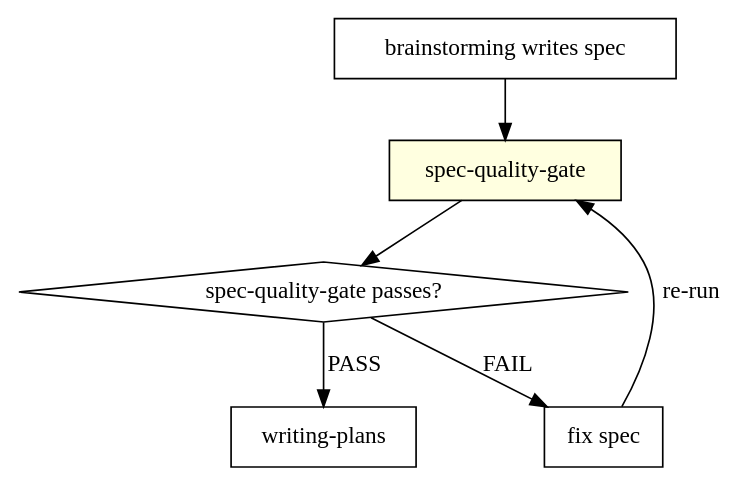
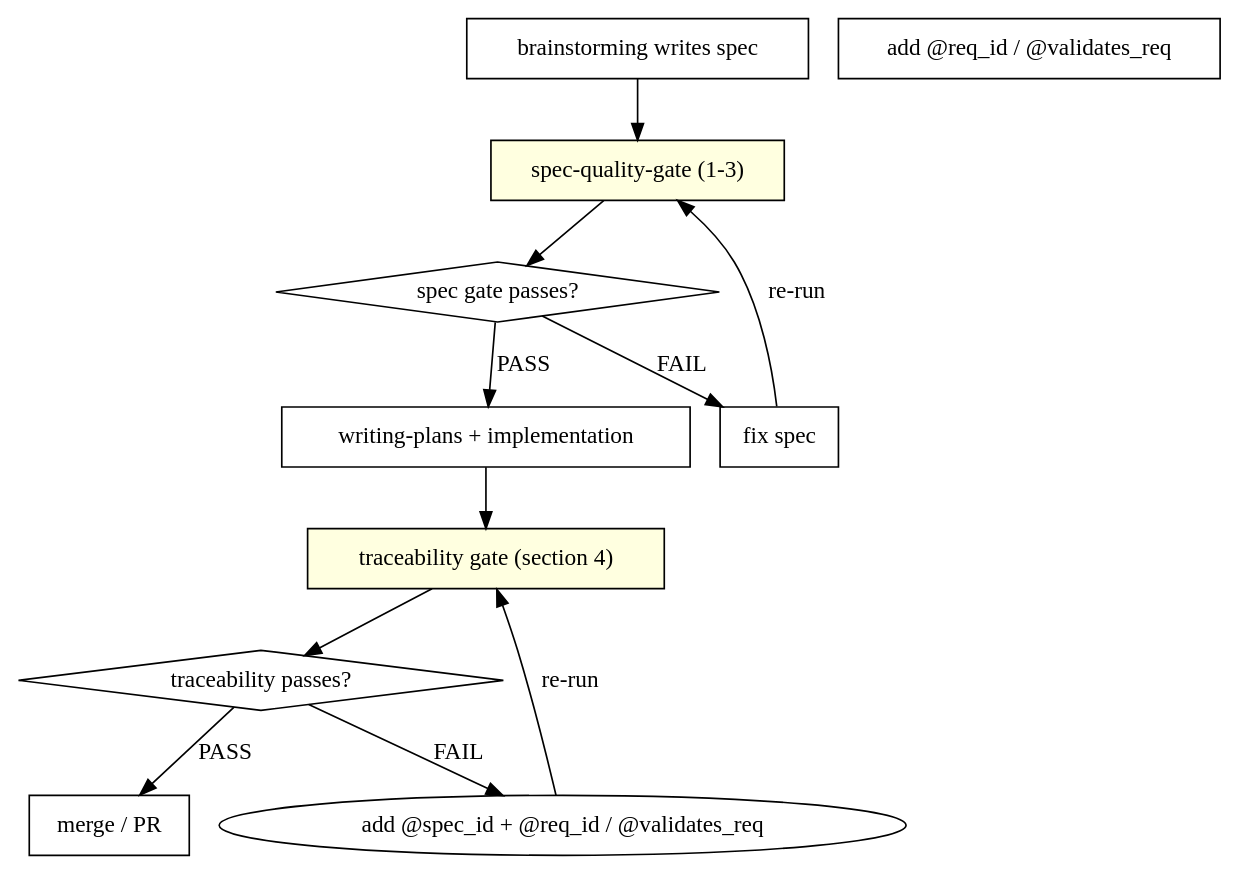
Before and after one commit to CagesThrottleUs/private-ai-harness: the diagram in skills/spec-quality-gate/SKILL.md, drawn with Graphviz. The commit also changed other lines of this file and 12 other files, not shown here.

````diff
--- a/skills/spec-quality-gate/SKILL.md
+++ b/skills/spec-quality-gate/SKILL.md
@@ -196,15 +347,24 @@
 ```dot
 digraph gate_position {
     "brainstorming writes spec" [shape=box];
-    "spec-quality-gate" [shape=box style=filled fillcolor=lightyellow];
-    "spec-quality-gate passes?" [shape=diamond];
+    "spec-quality-gate (1-3)" [shape=box style=filled fillcolor=lightyellow];
+    "spec gate passes?" [shape=diamond];
     "fix spec" [shape=box];
-    "writing-plans" [shape=box];
+    "writing-plans + implementation" [shape=box];
+    "traceability gate (section 4)" [shape=box style=filled fillcolor=lightyellow];
+    "traceability passes?" [shape=diamond];
+    "add @req_id / @validates_req" [shape=box];
+    "merge / PR" [shape=box];
 
-    "brainstorming writes spec" -> "spec-quality-gate";
-    "spec-quality-gate" -> "spec-quality-gate passes?";
-    "spec-quality-gate passes?" -> "fix spec" [label="FAIL"];
-    "fix spec" -> "spec-quality-gate" [label="re-run"];
-    "spec-quality-gate passes?" -> "writing-plans" [label="PASS"];
+    "brainstorming writes spec" -> "spec-quality-gate (1-3)";
+    "spec-quality-gate (1-3)" -> "spec gate passes?";
+    "spec gate passes?" -> "fix spec" [label="FAIL"];
+    "fix spec" -> "spec-quality-gate (1-3)" [label="re-run"];
+    "spec gate passes?" -> "writing-plans + implementation" [label="PASS"];
+    "writing-plans + implementation" -> "traceability gate (section 4)";
+    "traceability gate (section 4)" -> "traceability passes?";
+    "traceability passes?" -> "add @spec_id + @req_id / @validates_req" [label="FAIL"];
+    "add @spec_id + @req_id / @validates_req" -> "traceability gate (section 4)" [label="re-run"];
+    "traceability passes?" -> "merge / PR" [label="PASS"];
 }
 ```
````
